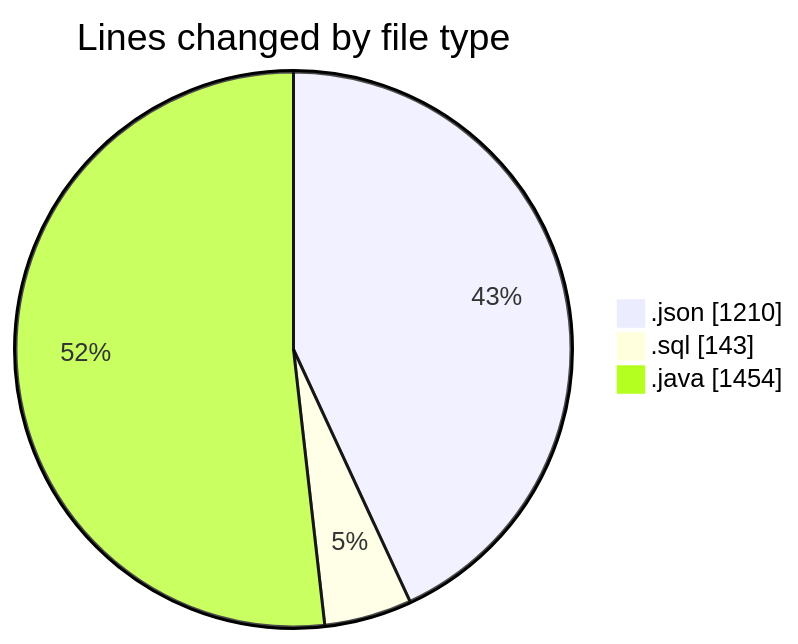
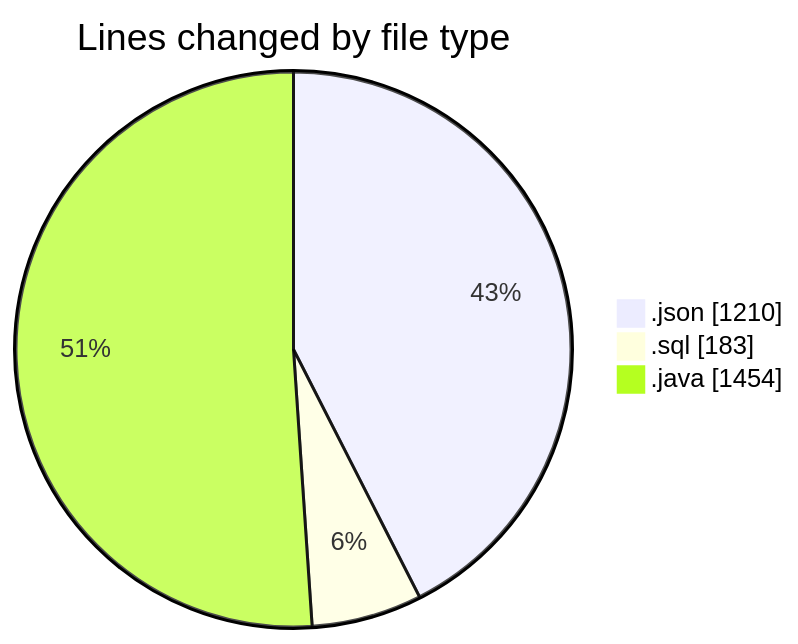
One commit to ricardozamudiocil/code-tracking changed the first of 2 diagrams in 2026-06-16/cilapp/README.md. Above: the diagram before and after it, drawn with Mermaid. The commit also changed other lines of this file and 1 other file, not shown here.

````diff
--- a/2026-06-16/cilapp/README.md
+++ b/2026-06-16/cilapp/README.md
@@ -25,7 +25,7 @@
 ```mermaid
 pie showData
 title Lines changed by file type
 ".json" : 1210
-".sql" : 143
+".sql" : 183
 ".java" : 1454
 ```
````
